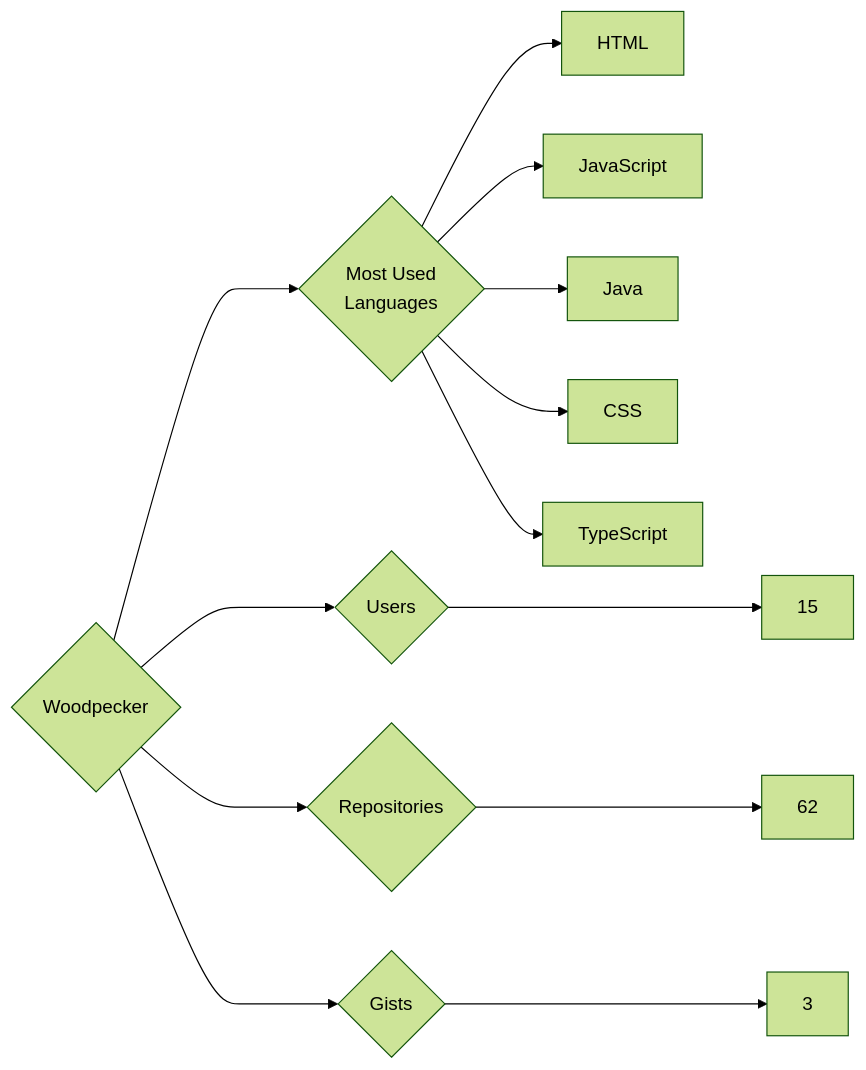
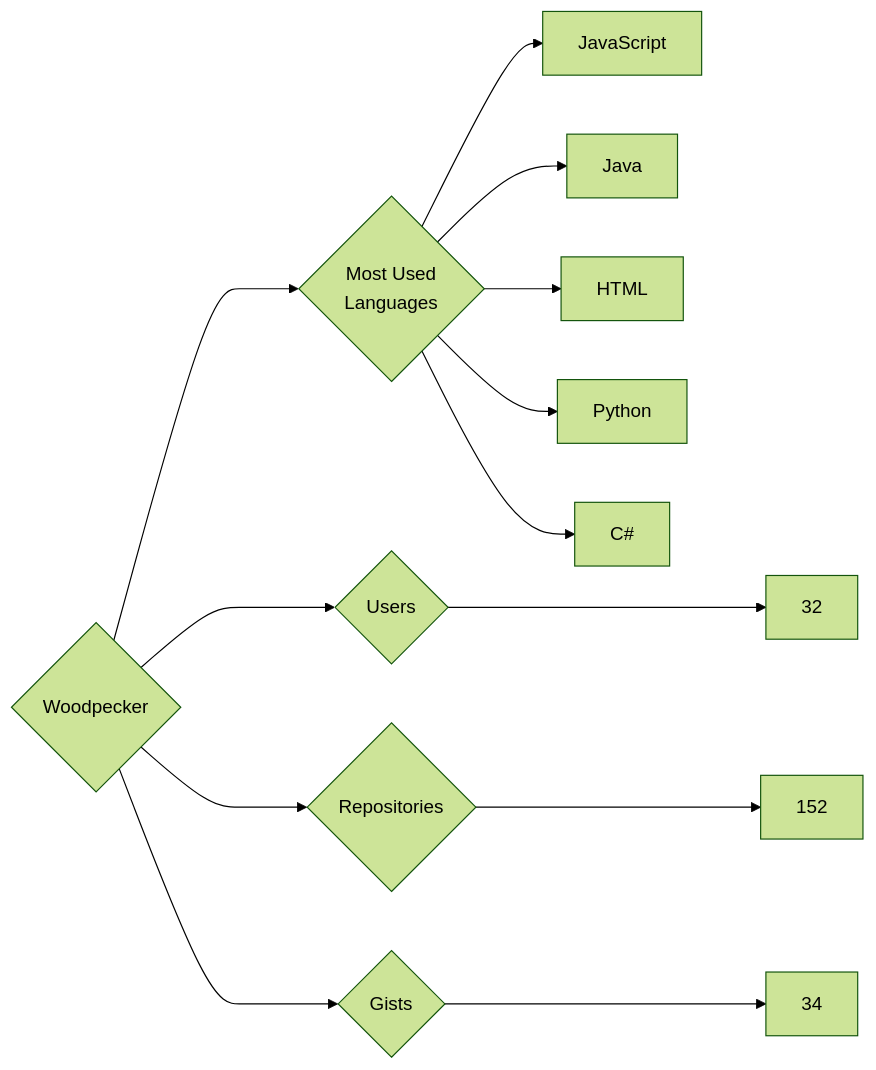
The diagram in targets/Woodpecker/README.md (trickest/insiders), drawn with Mermaid (forest theme) before and after one commit. The commit also changed 928 other files, not shown here.

````diff
--- a/targets/Woodpecker/README.md
+++ b/targets/Woodpecker/README.md
@@ -3,13 +3,13 @@
 ```mermaid
 graph LR
 COMPANY_NAME{Woodpecker}
-COMPANY_NAME ---> U{Users} ---> UN[15]
-COMPANY_NAME ---> R{Repositories} ---> RN[62]
-COMPANY_NAME ---> G{Gists} ---> GN[3]
+COMPANY_NAME ---> U{Users} ---> UN[32]
+COMPANY_NAME ---> R{Repositories} ---> RN[152]
+COMPANY_NAME ---> G{Gists} ---> GN[34]
 COMPANY_NAME ---> ML{Most Used<br>Languages}
-ML --> HTML[HTML]
 ML --> JavaScript[JavaScript]
 ML --> Java[Java]
-ML --> CSS[CSS]
-ML --> TypeScript[TypeScript]
+ML --> HTML[HTML]
+ML --> Python[Python]
+ML --> C#[C#]
 ```
````
